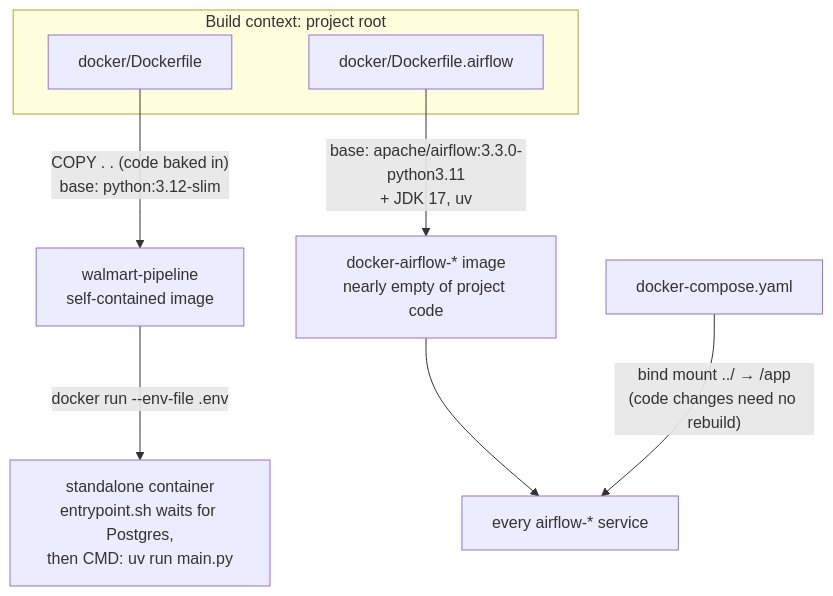
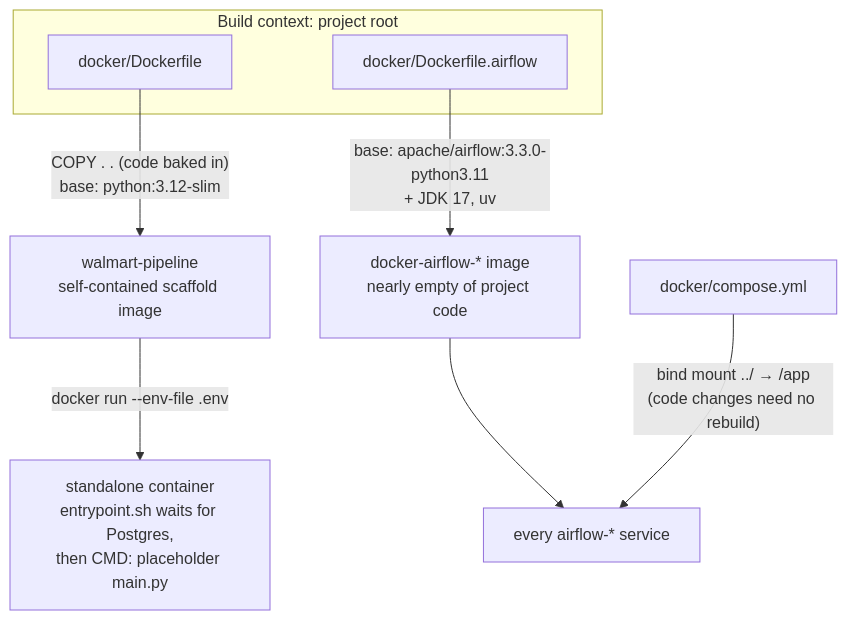
The seventh of 10 diagrams in docs/ARCHITECTURE.md (Nitinx12/Walmart_DBT), drawn with Mermaid before and after one commit. The commit also changed other lines of this file and 2 other files, not shown here.

````diff
--- a/docs/ARCHITECTURE.md
+++ b/docs/ARCHITECTURE.md
@@ -274,14 +280,14 @@
 ```mermaid
 flowchart TD
     subgraph ctx["Build context: project root"]
         DF["docker/Dockerfile"]
         DFA["docker/Dockerfile.airflow"]
     end
 
-    DF -- "COPY . . (code baked in)<br/>base: python:3.12-slim" --> IMG1["walmart-pipeline<br/>self-contained image"]
-    IMG1 -- "docker run --env-file .env" --> RUN1["standalone container<br/>entrypoint.sh waits for Postgres,<br/>then CMD: uv run main.py"]
+    DF -- "COPY . . (code baked in)<br/>base: python:3.12-slim" --> IMG1["walmart-pipeline<br/>self-contained scaffold image"]
+    IMG1 -- "docker run --env-file .env" --> RUN1["standalone container<br/>entrypoint.sh waits for Postgres,<br/>then CMD: placeholder main.py"]
 
     DFA -- "base: apache/airflow:3.3.0-python3.11<br/>+ JDK 17, uv" --> IMG2["docker-airflow-* image<br/>nearly empty of project code"]
     IMG2 --> SVC["every airflow-* service"]
-    COMPOSE["docker-compose.yaml"] -- "bind mount ../ → /app<br/>(code changes need no rebuild)" --> SVC
+    COMPOSE["docker/compose.yml"] -- "bind mount ../ → /app<br/>(code changes need no rebuild)" --> SVC
 ```
````
